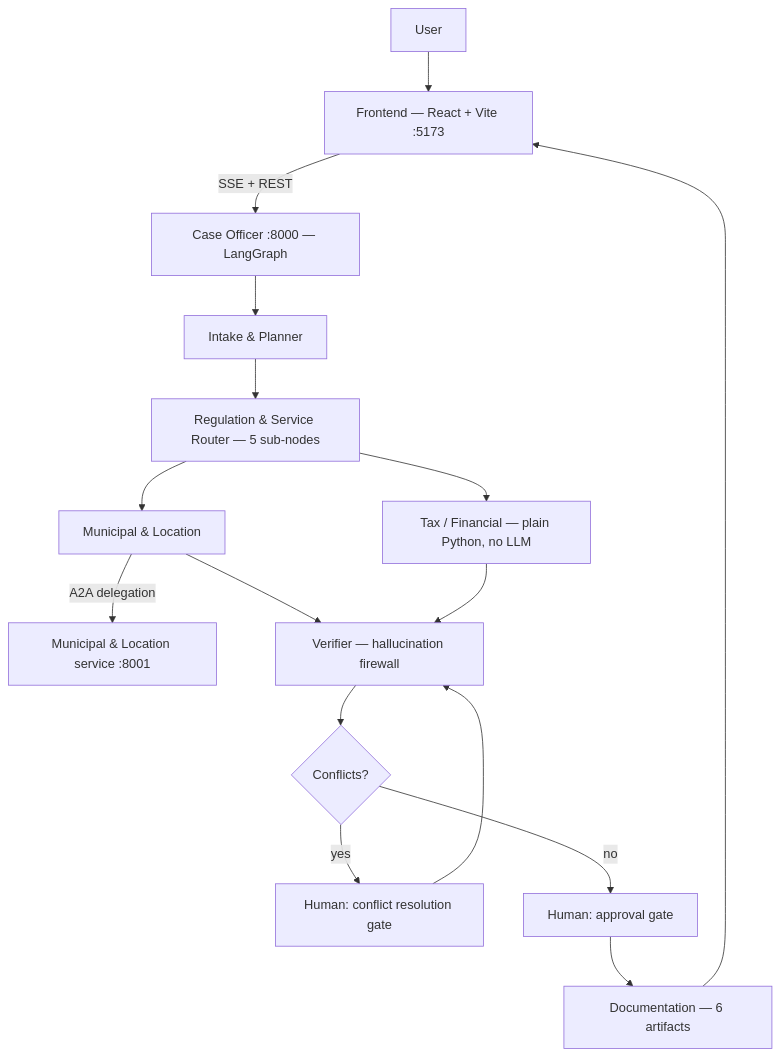
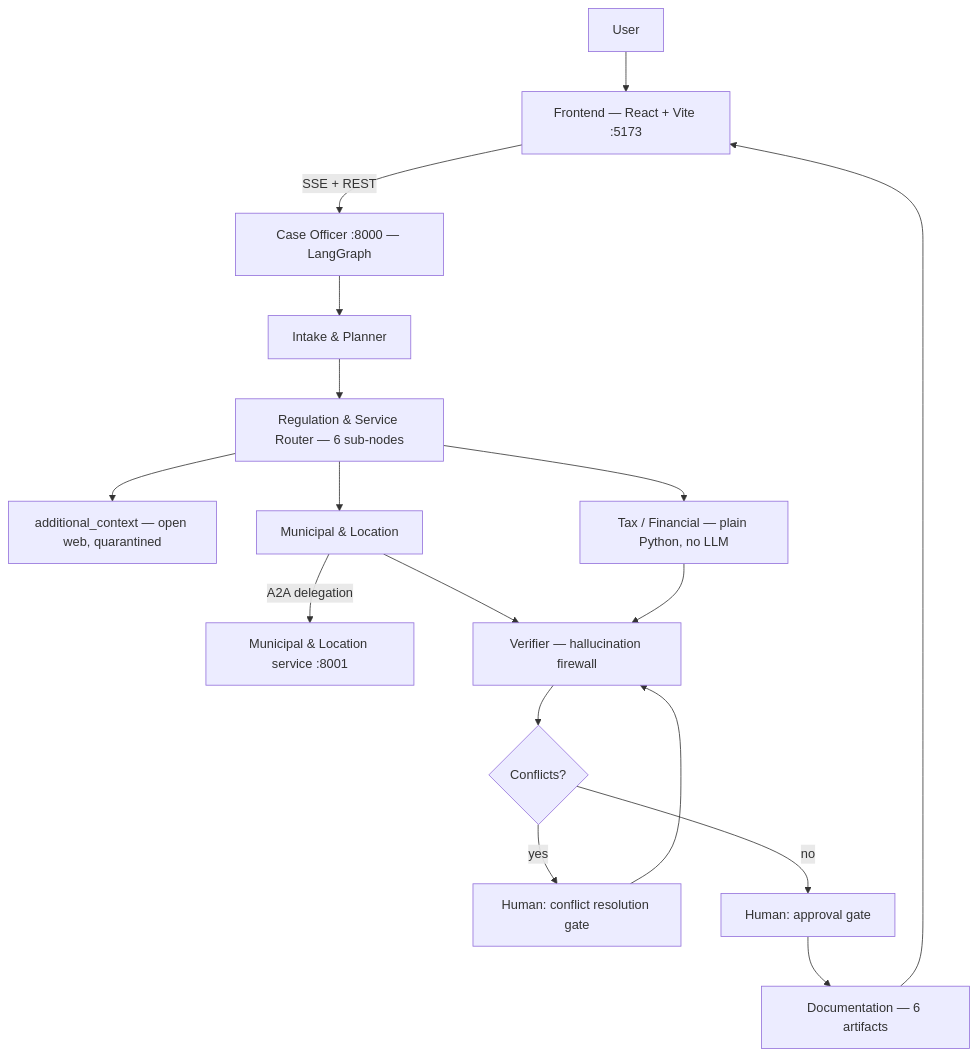
The diagram in README.md (talaafahad/Sdaia_capstone_project), drawn with Mermaid before and after one commit. The commit also changed other lines of this file, not shown here.

````diff
--- a/README.md
+++ b/README.md
@@ -226,24 +242,25 @@
 ```mermaid
 flowchart TD
     U[User] --> FE[Frontend — React + Vite :5173]
     FE -- SSE + REST --> CO[Case Officer :8000 — LangGraph]
 
     CO --> IP[Intake & Planner]
-    IP --> RR[Regulation & Service Router — 5 sub-nodes]
+    IP --> RR[Regulation & Service Router — 6 sub-nodes]
 
+    RR --> AC[additional_context — open web, quarantined]
     RR --> ML[Municipal & Location]
     RR --> TF[Tax / Financial — plain Python, no LLM]
 
     ML -- A2A delegation --> MS[Municipal & Location service :8001]
 
     ML --> V[Verifier — hallucination firewall]
     TF --> V
 
     V --> HG{Conflicts?}
     HG -- yes --> CR[Human: conflict resolution gate]
     CR --> V
     HG -- no --> AG[Human: approval gate]
 
     AG --> DOC[Documentation — 6 artifacts]
     DOC --> FE
 ```
````
